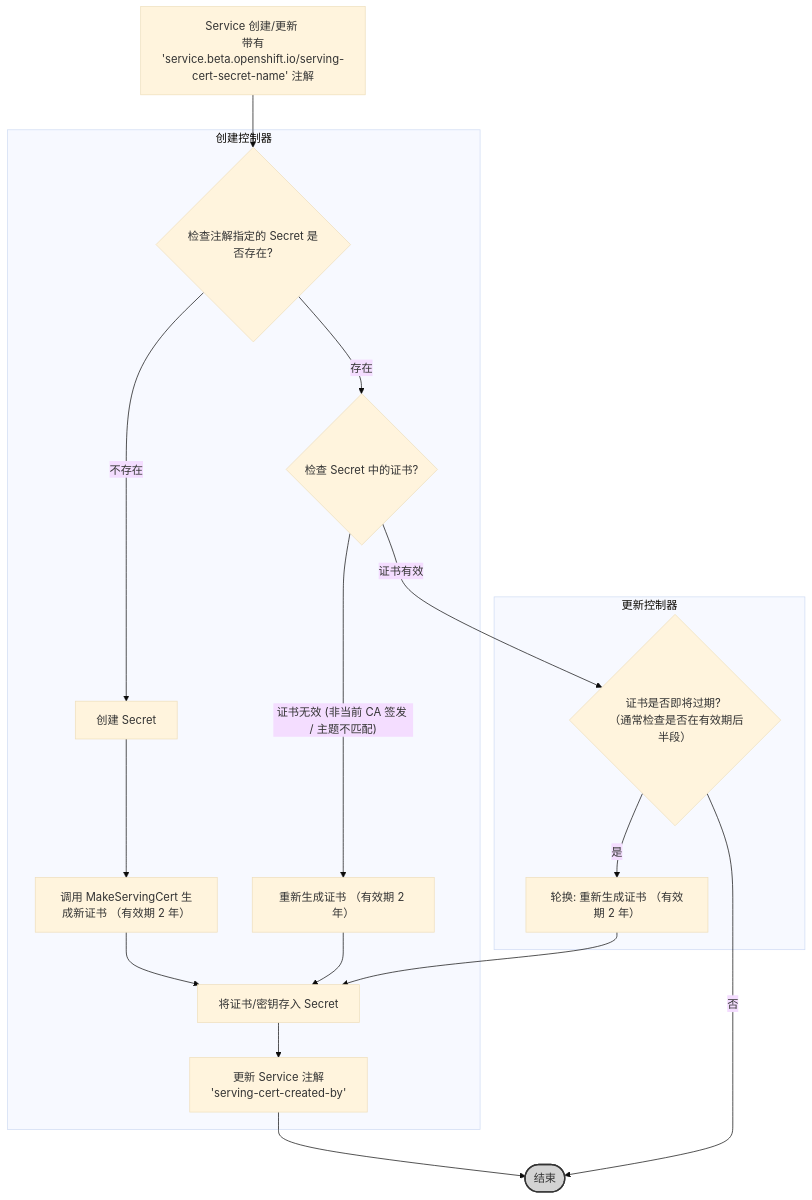
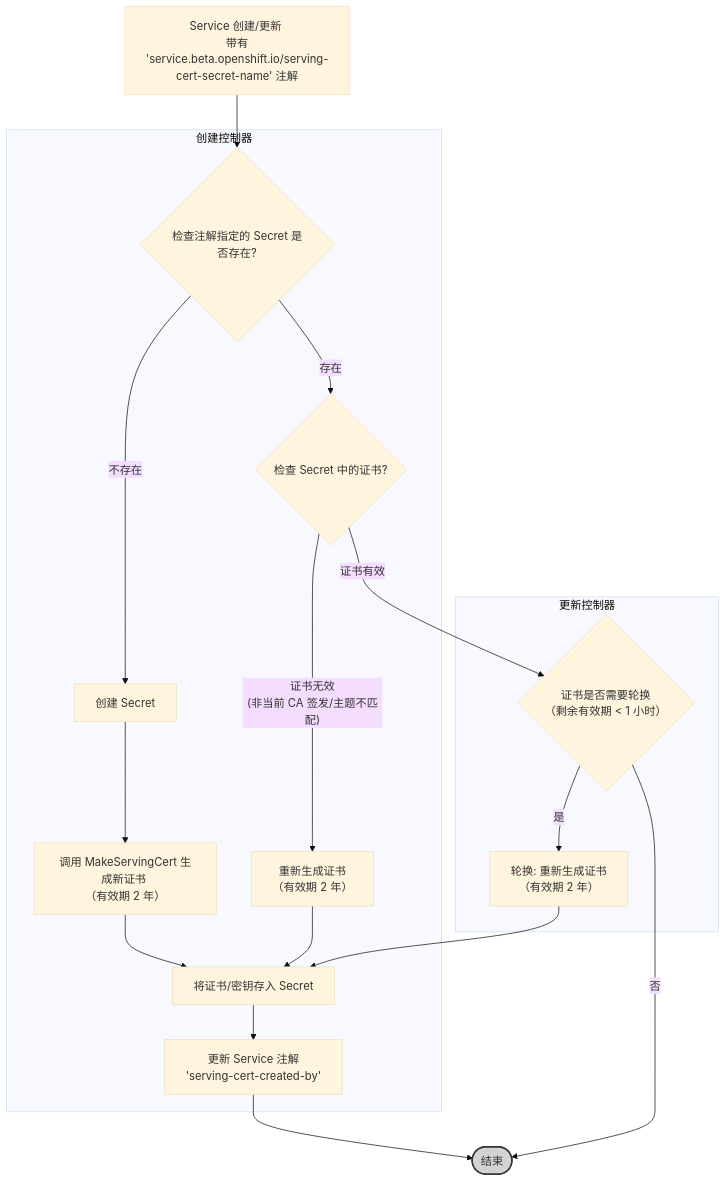
One commit to wangzheng422/service-ca-operator changed the diagram in wzh.doc/2025.04.23.01.certificate_validity_analysis_zh.md. Above: the diagram before and after it, drawn with Mermaid (base theme). The commit also changed other lines of this file, not shown here.

````diff
--- a/wzh.doc/2025.04.23.01.certificate_validity_analysis_zh.md
+++ b/wzh.doc/2025.04.23.01.certificate_validity_analysis_zh.md
@@ -57,27 +57,34 @@
 ```mermaid
 graph TD
-    A[Service 创建/更新 <br> 带有 'service.beta.openshift.io/serving-cert-secret-name' 注解] --> B{检查注解指定的 Secret 是否存在?};
-    B -- 不存在 --> C[创建 Secret];
-    C --> D[调用 MakeServingCert 生成新证书 （有效期 2 年）];
-    D --> E[将证书/密钥存入 Secret];
-    E --> F[更新 Service 注解 <br> 'serving-cert-created-by'];
-    F --> G([结束]);
+    A[Service 创建/更新 <br> 带有 'service.beta.openshift.io/serving-cert-secret-name' 注解] --> B{检查注解指定的 Secret 是否存在?}
+    B -- 不存在 --> C[创建 Secret]
+    C --> D[调用 MakeServingCert 生成新证书 <br>（有效期 2 年）]
+    D --> E[将证书/密钥存入 Secret]
+    E --> F[更新 Service 注解 <br> 'serving-cert-created-by']
+    F --> G([结束])
 
-    B -- 存在 --> H{检查 Secret 中的证书?};
-    H -- "证书无效 (非当前 CA 签发 / 主题不匹配)" --> I[重新生成证书 （有效期 2 年）];
-    I --> E;
-    H -- "证书有效" --> J{证书是否即将过期? <br> （通常检查是否在有效期后半段）};
-    J -- 是 --> K[轮换: 重新生成证书 （有效期 2 年）];
-    K --> E;
-    J -- 否 --> G;
+    B -- 存在 --> H{检查 Secret 中的证书?}
+    H -- "证书无效<br>(非当前 CA 签发/主题不匹配)" --> I[重新生成证书<br>（有效期 2 年）]
+    I --> E
+    H -- "证书有效" --> J{证书是否需要轮换<br>（剩余有效期 < 1 小时）}
+    J -- 是 --> K[轮换: 重新生成证书<br>（有效期 2 年）]
+    K --> E
+    J -- 否 --> G
 
-    subgraph 创建控制器 
-        B; C; D; E; F; H; I;
+    subgraph 创建控制器
+    B
+    C
+    D
+    E
+    F
+    H
+    I
     end
 
-    subgraph 更新控制器 
-        J; K;
+    subgraph 更新控制器
+    J
+    K
     end
 
     style G fill:#d3d3d3,stroke:#333,stroke-width:2px
 ```
````
